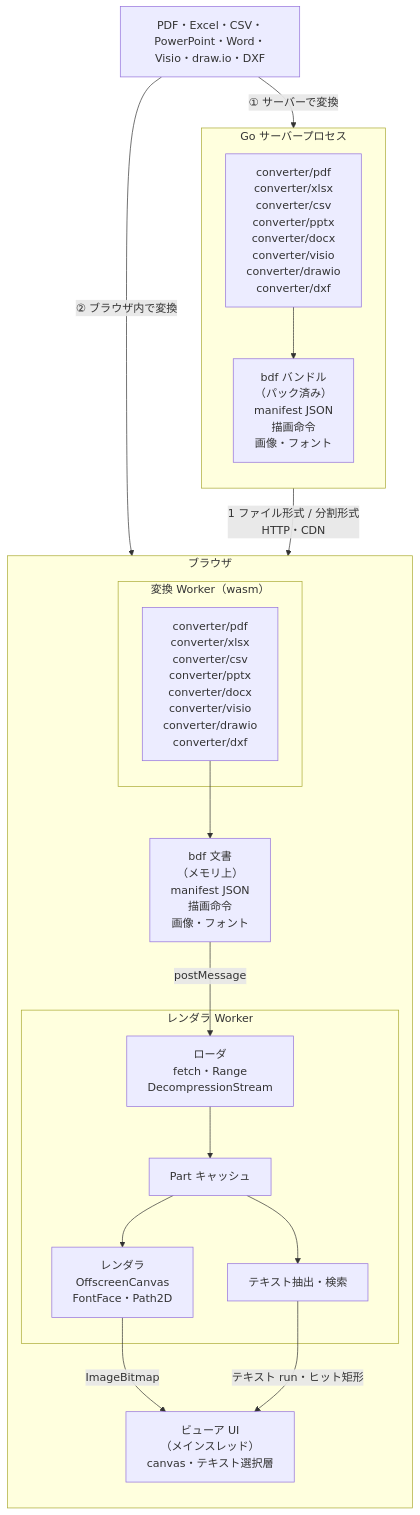
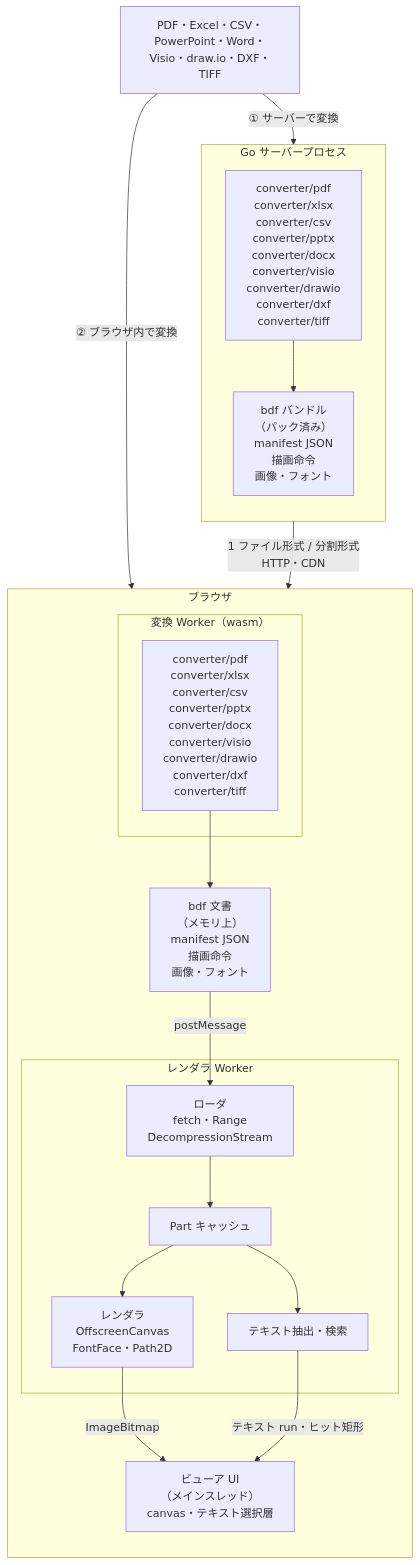
Before and after one commit to shibukawa/bdf: the diagram in README.ja.md, drawn with Mermaid. The commit also changed other lines of this file and 82 other files, not shown here.

````diff
--- a/README.ja.md
+++ b/README.ja.md
@@ -13,37 +13,37 @@
 ```mermaid
 flowchart TB
-    SRC["PDF・Excel・CSV・PowerPoint・Word・Visio・draw.io・DXF"]
+    SRC["PDF・Excel・CSV・PowerPoint・Word・Visio・draw.io・DXF・TIFF"]
 
     subgraph SERVER["Go サーバープロセス"]
         direction TB
-        SCONV["converter/pdf<br/>converter/xlsx<br/>converter/csv<br/>converter/pptx<br/>converter/docx<br/>converter/visio<br/>converter/drawio<br/>converter/dxf"]
+        SCONV["converter/pdf<br/>converter/xlsx<br/>converter/csv<br/>converter/pptx<br/>converter/docx<br/>converter/visio<br/>converter/drawio<br/>converter/dxf<br/>converter/tiff"]
         BUNDLE["bdf バンドル<br/>（パック済み）<br/>manifest JSON<br/>描画命令<br/>画像・フォント"]
         SCONV --> BUNDLE
     end
 
     subgraph BROWSER["ブラウザ"]
         direction TB
         subgraph CWORKER["変換 Worker（wasm）"]
-            WCONV["converter/pdf<br/>converter/xlsx<br/>converter/csv<br/>converter/pptx<br/>converter/docx<br/>converter/visio<br/>converter/drawio<br/>converter/dxf"]
+            WCONV["converter/pdf<br/>converter/xlsx<br/>converter/csv<br/>converter/pptx<br/>converter/docx<br/>converter/visio<br/>converter/drawio<br/>converter/dxf<br/>converter/tiff"]
         end
         PARTS["bdf 文書<br/>（メモリ上）<br/>manifest JSON<br/>描画命令<br/>画像・フォント"]
         subgraph RWORKER["レンダラ Worker"]
             LOADER["ローダ<br/>fetch・Range<br/>DecompressionStream"]
             STORE["Part キャッシュ"]
             RENDER["レンダラ<br/>OffscreenCanvas<br/>FontFace・Path2D"]
             TEXT["テキスト抽出・検索"]
             LOADER --> STORE
             STORE --> RENDER
             STORE --> TEXT
         end
         UI["ビューア UI<br/>（メインスレッド）<br/>canvas・テキスト選択層"]
         WCONV --> PARTS
     end
 
     SRC -- "① サーバーで変換" --> SCONV
     SRC -- "② ブラウザ内で変換" --> WCONV
     BUNDLE -- "1 ファイル形式 / 分割形式<br/>HTTP・CDN" --> LOADER
     PARTS -- "postMessage" --> LOADER
     RENDER -- "ImageBitmap" --> UI
     TEXT -- "テキスト run・ヒット矩形" --> UI
 ```
````
